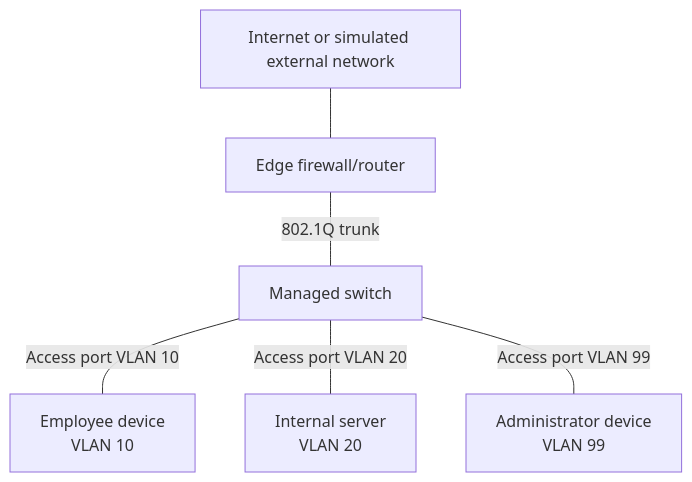
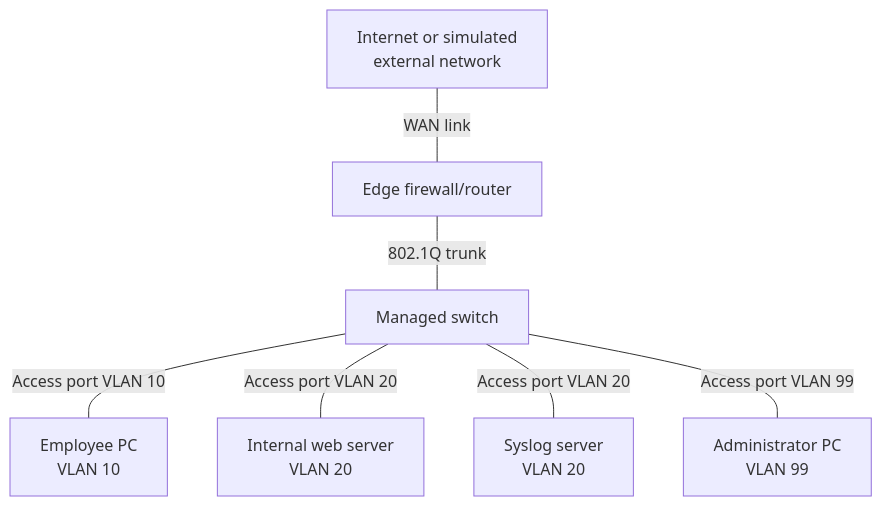
Before and after one commit to BatJeb13/secure-network-lab: the diagram in docs/topology.md, drawn with Mermaid. The commit also changed other lines of this file and 3 other files, not shown here.

````diff
--- a/docs/topology.md
+++ b/docs/topology.md
@@ -1,15 +5,17 @@
 ```mermaid
 flowchart TD
-    EXT["Internet or simulated external network"]
+    EXT["Internet or simulated<br/>external network"]
     FW["Edge firewall/router"]
     SW["Managed switch"]
-    EMP["Employee device<br>VLAN 10"]
-    SRV["Internal server<br>VLAN 20"]
-    ADM["Administrator device<br>VLAN 99"]
+    EMP["Employee PC<br/>VLAN 10"]
+    WEB["Internal web server<br/>VLAN 20"]
+    LOG["Syslog server<br/>VLAN 20"]
+    ADM["Administrator PC<br/>VLAN 99"]
 
-    EXT --- FW
+    EXT ---|"WAN link"| FW
     FW ---|"802.1Q trunk"| SW
     SW ---|"Access port VLAN 10"| EMP
-    SW ---|"Access port VLAN 20"| SRV
+    SW ---|"Access port VLAN 20"| WEB
+    SW ---|"Access port VLAN 20"| LOG
     SW ---|"Access port VLAN 99"| ADM
 ```
````
